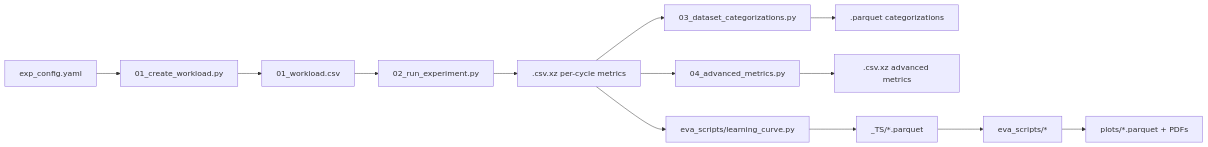
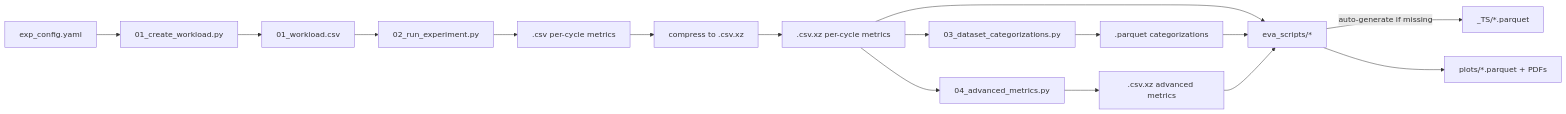
Before and after one commit to jgonsior/olympic-games-of-active-learning: the diagram in docs/personas/understand_codebase.md, drawn with Mermaid. The commit also changed other lines of this file and 6 other files, not shown here.

Commit message:
Fix documentation: correct _TS generation info, mermaid rendering, remove incorrect learning_curve references

````diff
--- a/docs/personas/understand_codebase.md
+++ b/docs/personas/understand_codebase.md
@@ -9,15 +9,18 @@
 ```mermaid
 flowchart LR
     CFG["exp_config.yaml"] --> GRID["01_create_workload.py"]
     GRID --> WL["01_workload.csv"]
     WL --> RUN["02_run_experiment.py"]
-    RUN --> RAW[".csv.xz per-cycle metrics"]
-    RAW --> CAT["03_dataset_categorizations.py"]
-    RAW --> ADV["04_advanced_metrics.py"]
+    RUN --> RAW[".csv per-cycle metrics"]
+    RAW --> COMP["compress to .csv.xz"]
+    COMP --> XZ[".csv.xz per-cycle metrics"]
+    XZ --> CAT["03_dataset_categorizations.py"]
+    XZ --> ADV["04_advanced_metrics.py"]
     CAT --> NPZ[".parquet categorizations"]
-    ADV --> XZ[".csv.xz advanced metrics"]
-    RAW --> LC["eva_scripts/learning_curve.py"]
-    LC --> TS["_TS/*.parquet"]
-    TS --> EVA["eva_scripts/*"]
+    ADV --> ADVXZ[".csv.xz advanced metrics"]
+    XZ --> EVA["eva_scripts/*"]
+    NPZ --> EVA
+    ADVXZ --> EVA
+    EVA -->|"auto-generate if missing"| TS["_TS/*.parquet"]
     EVA --> ART["plots/*.parquet + PDFs"]
 ```
````
